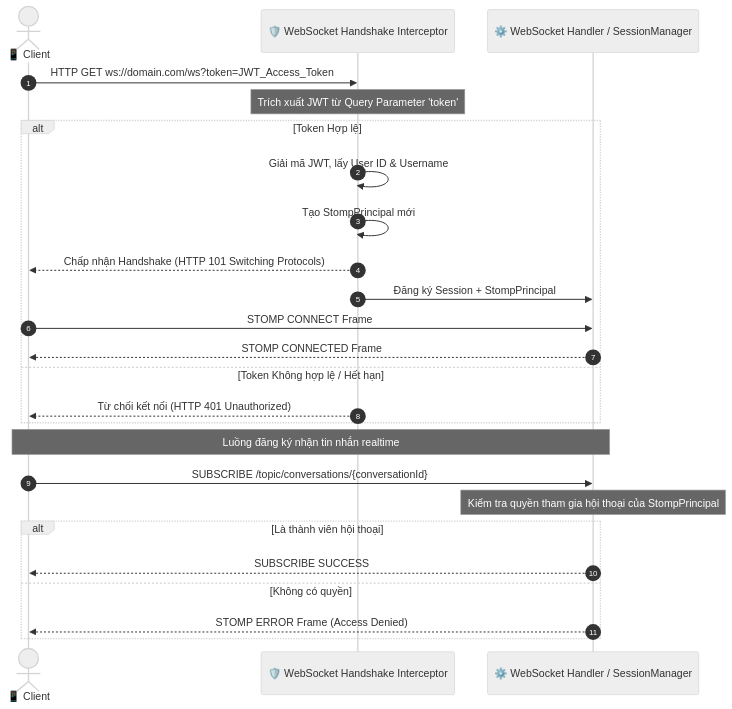
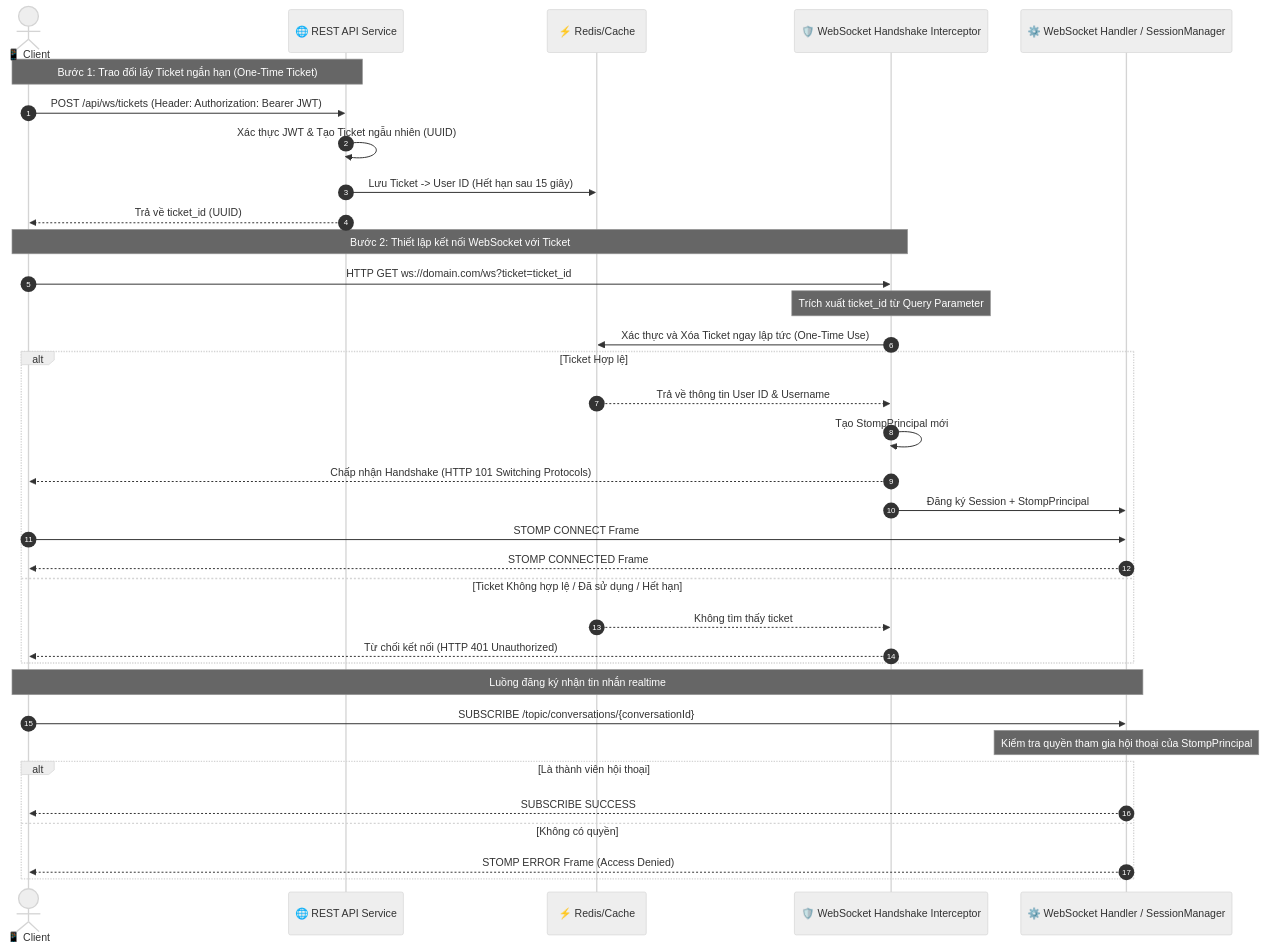
The diagram in docs/diagrams/websocket_stomp_flow.mmd (VUVANQUANIT/NexChat), drawn with Mermaid (neutral theme) before and after one commit. The commit also changed 6 other files, not shown here.

Commit message:
docs: resolve system architecture issues and fix diagram paths

```diff
--- a/docs/diagrams/websocket_stomp_flow.mmd
+++ b/docs/diagrams/websocket_stomp_flow.mmd
@@ -1,27 +1,38 @@
 sequenceDiagram
     autonumber
     actor Client as 📱 Client
+    participant API as 🌐 REST API Service
+    participant Cache as ⚡ Redis/Cache
     participant Interceptor as 🛡️ WebSocket Handshake Interceptor
     participant Manager as ⚙️ WebSocket Handler / SessionManager
     
-    Client->>Interceptor: HTTP GET ws://domain.com/ws?token=JWT_Access_Token
-    Note over Interceptor: Trích xuất JWT từ Query Parameter 'token'
-    alt Token Hợp lệ
-        Interceptor->>Interceptor: Giải mã JWT, lấy User ID & Username
+    Note over Client, API: Bước 1: Trao đổi lấy Ticket ngắn hạn (One-Time Ticket)
+    Client->>API: POST /api/ws/tickets (Header: Authorization: Bearer JWT)
+    API->>API: Xác thực JWT & Tạo Ticket ngẫu nhiên (UUID)
+    API->>Cache: Lưu Ticket -> User ID (Hết hạn sau 15 giây)
+    API-->>Client: Trả về ticket_id (UUID)
+    
+    Note over Client, Interceptor: Bước 2: Thiết lập kết nối WebSocket với Ticket
+    Client->>Interceptor: HTTP GET ws://domain.com/ws?ticket=ticket_id
+    Note over Interceptor: Trích xuất ticket_id từ Query Parameter
+    Interceptor->>Cache: Xác thực và Xóa Ticket ngay lập tức (One-Time Use)
+    alt Ticket Hợp lệ
+        Cache-->>Interceptor: Trả về thông tin User ID & Username
         Interceptor->>Interceptor: Tạo StompPrincipal mới
         Interceptor-->>Client: Chấp nhận Handshake (HTTP 101 Switching Protocols)
         Interceptor->>Manager: Đăng ký Session + StompPrincipal
         Client->>Manager: STOMP CONNECT Frame
         Manager-->>Client: STOMP CONNECTED Frame
-    else Token Không hợp lệ / Hết hạn
+    else Ticket Không hợp lệ / Đã sử dụng / Hết hạn
+        Cache-->>Interceptor: Không tìm thấy ticket
         Interceptor-->>Client: Từ chối kết nối (HTTP 401 Unauthorized)
     end
     
     Note over Client, Manager: Luồng đăng ký nhận tin nhắn realtime
     Client->>Manager: SUBSCRIBE /topic/conversations/{conversationId}
     Note over Manager: Kiểm tra quyền tham gia hội thoại của StompPrincipal
     alt Là thành viên hội thoại
         Manager-->>Client: SUBSCRIBE SUCCESS
     else Không có quyền
         Manager-->>Client: STOMP ERROR Frame (Access Denied)
     end
```
